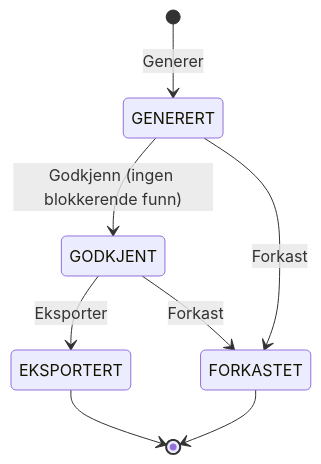
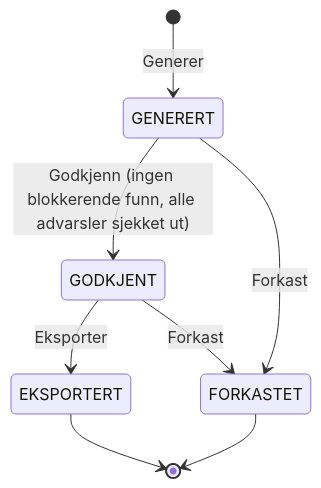
The third of 4 diagrams in docs/brukerveiledning.md (Altinn/pre-invoice-system), drawn with Mermaid before and after one commit. The commit also changed other lines of this file and 50 other files, not shown here.

````diff
--- a/docs/brukerveiledning.md
+++ b/docs/brukerveiledning.md
@@ -287,10 +287,10 @@
 ```mermaid
 stateDiagram-v2
     [*] --> GENERERT: Generer
-    GENERERT --> GODKJENT: Godkjenn (ingen blokkerende funn)
+    GENERERT --> GODKJENT: Godkjenn (ingen blokkerende funn, alle advarsler sjekket ut)
     GODKJENT --> EKSPORTERT: Eksporter
     GENERERT --> FORKASTET: Forkast
     GODKJENT --> FORKASTET: Forkast
     EKSPORTERT --> [*]
     FORKASTET --> [*]
 ```
````
